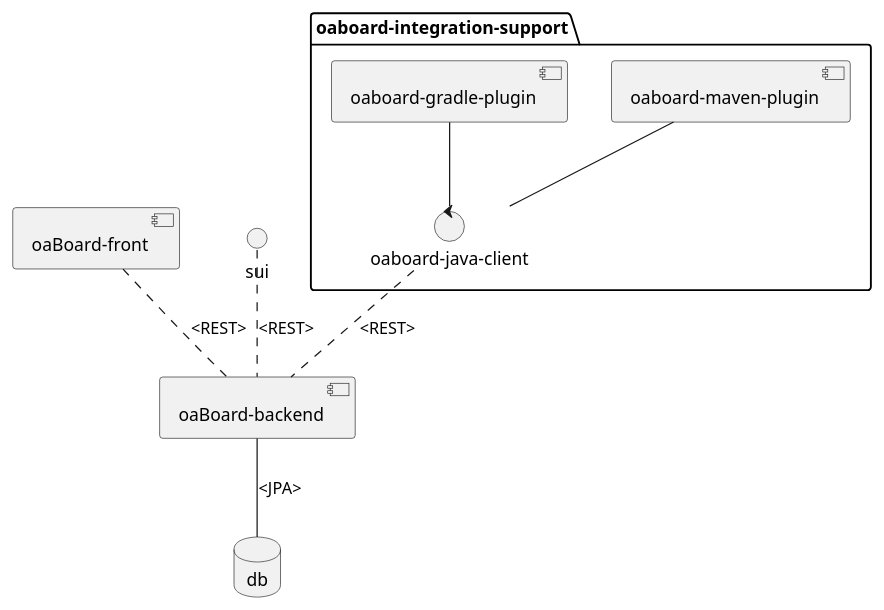
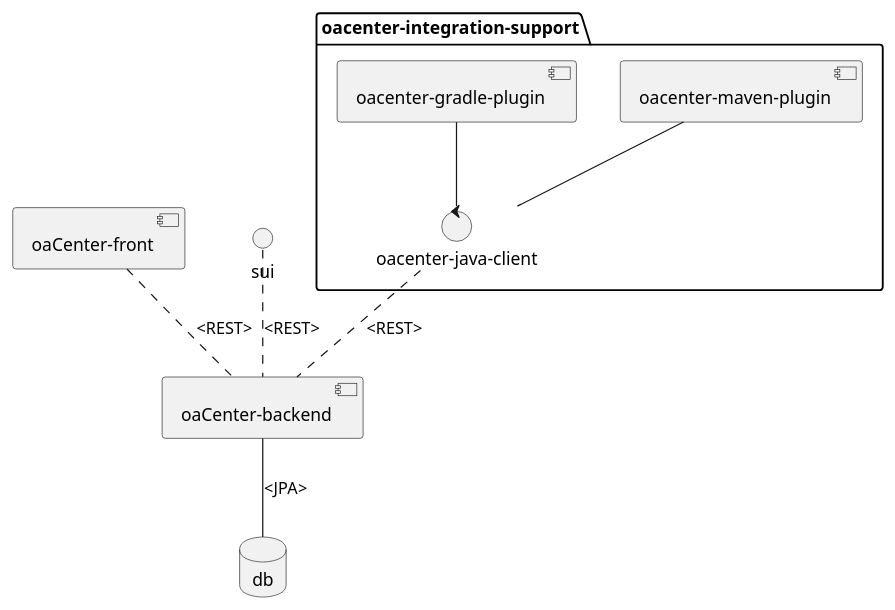
One commit to ssricardo/openapi-board changed the diagram in doc/components.wsd. Above: the diagram before and after it, drawn with PlantUML. The commit also changed 1 other file, not shown here.

Commit message:
Update backend configs

```diff
--- a/doc/components.wsd
+++ b/doc/components.wsd
@@ -1,24 +1,24 @@
-@startuml "oaBoard-Components"
+@startuml "oaCenter-Components"
 
-[oaBoard-backend] as backend
-[oaBoard-front] as front
+[oaCenter-backend] as backend
+[oaCenter-front] as front
 
 '[swagger-ui-board] as sui  -->  dropped / legacy
 
-package oaboard-integration-support {
-    [oaboard-maven-plugin] as mvn
-    [oaboard-gradle-plugin] as grd
-    control "oaboard-java-client" as jv
+package oacenter-integration-support {
+    [oacenter-maven-plugin] as mvn
+    [oacenter-gradle-plugin] as grd
+    control "oacenter-java-client" as jv
 }
 
 database db
 
 backend -- db : <JPA>
 front .. backend : <REST>
 sui .. backend : <REST>
 grd -- jv
 mvn -- jv
 jv .. backend  : <REST>
 
 
 @enduml
```
